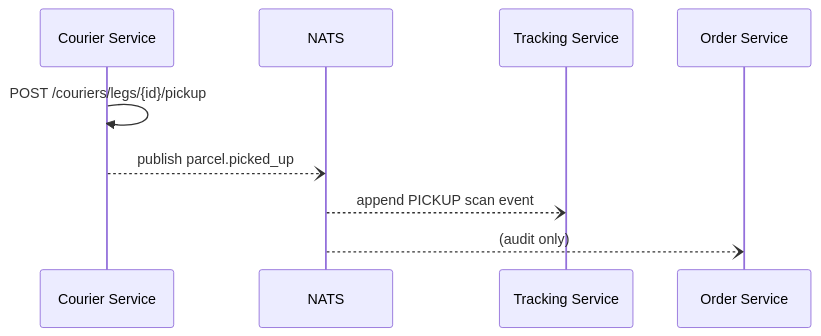
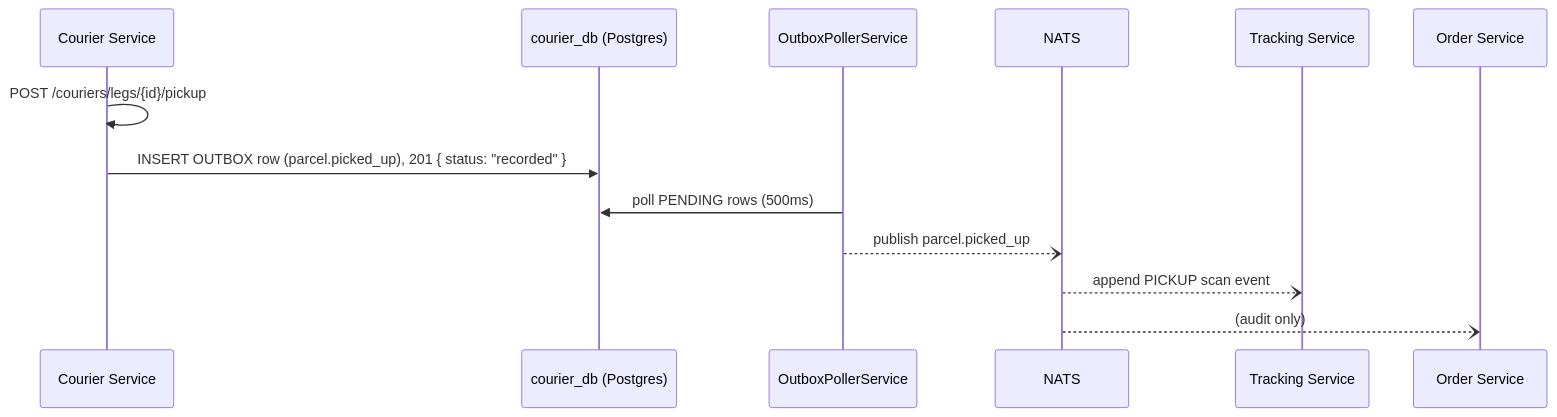
Before and after one commit to dunguyen-311201/nestjs: the first of 3 diagrams in shipping-system/docs/lld/courier-service.md, drawn with Mermaid. The commit also changed other lines of this file and 3 other files, not shown here.

First line of the commit message:
docs: add Courier OUTBOX schema, narrow the Accepted MVP risk note

````diff
--- a/shipping-system/docs/lld/courier-service.md
+++ b/shipping-system/docs/lld/courier-service.md
@@ -39,12 +40,16 @@
 ```mermaid
 sequenceDiagram
     participant Courier as Courier Service
+    participant DB as courier_db (Postgres)
+    participant Poller as OutboxPollerService
     participant NATS
     participant Tracking as Tracking Service
     participant Order as Order Service
 
     Courier->>Courier: POST /couriers/legs/{id}/pickup
-    Courier--)NATS: publish parcel.picked_up
+    Courier->>DB: INSERT OUTBOX row (parcel.picked_up), 201 { status: "recorded" }
+    Poller->>DB: poll PENDING rows (500ms)
+    Poller--)NATS: publish parcel.picked_up
     NATS--)Tracking: append PICKUP scan event
     NATS--)Order: (audit only)
 ```
````
